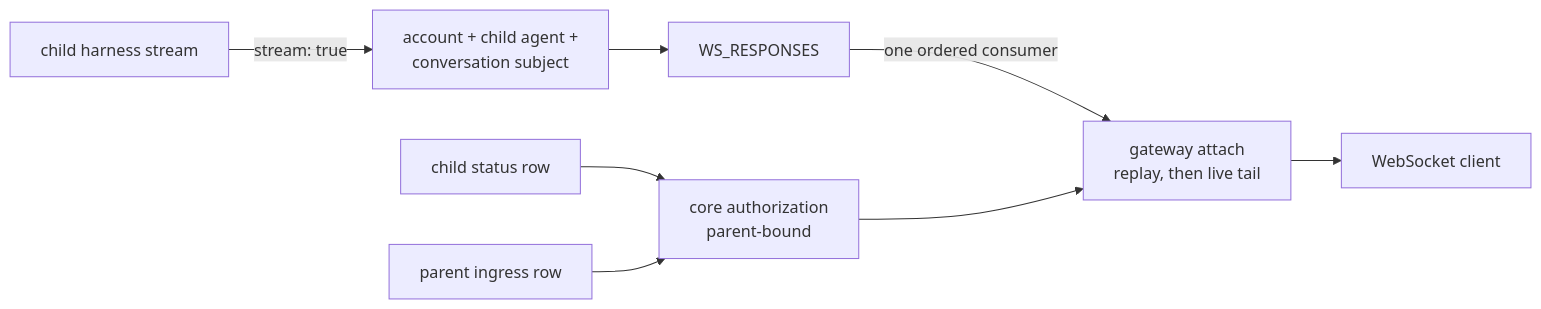
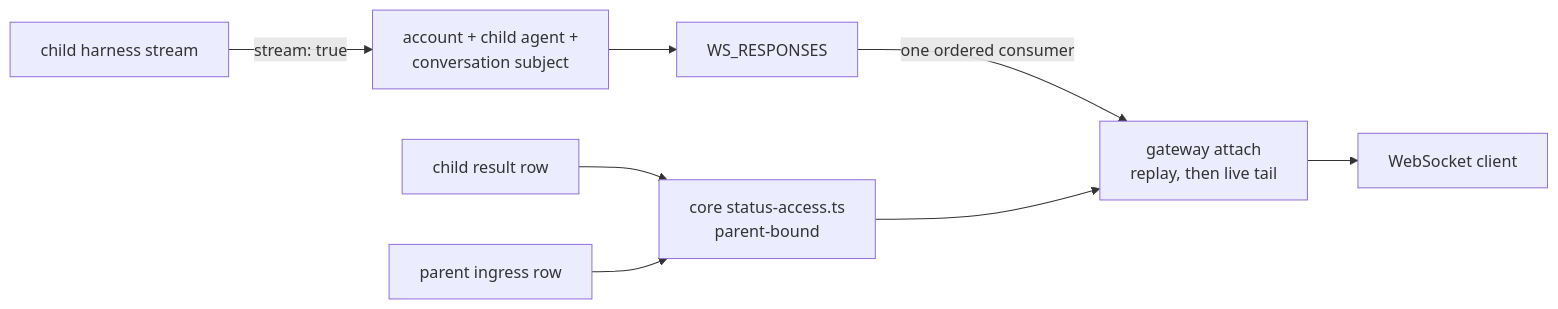
Before and after one commit to beeblastco/broods: the sixth of 7 diagrams in apps/docs/docs/internals/subagents.md, drawn with Mermaid. The commit also changed other lines of this file and 13 other files, not shown here.

First line of the commit message:
docs(internals): diagram-first rewrite of the remaining internals pages

````diff
--- a/apps/docs/docs/internals/subagents.md
+++ b/apps/docs/docs/internals/subagents.md
@@ -135,10 +171,10 @@
 ```mermaid
 flowchart LR
   Child["child harness stream"] -->|"stream: true"| Subject["account + child agent +<br/>conversation subject"]
   Subject --> Buffer["WS_RESPONSES"]
   Buffer -->|"one ordered consumer"| Gateway["gateway attach<br/>replay, then live tail"]
-  ChildStatus["child status row"] --> Auth["core authorization<br/>parent-bound"]
+  ChildStatus["child result row"] --> Auth["core status-access.ts<br/>parent-bound"]
   ParentStatus["parent ingress row"] --> Auth
   Auth --> Gateway
   Gateway --> Client["WebSocket client"]
 ```
````
